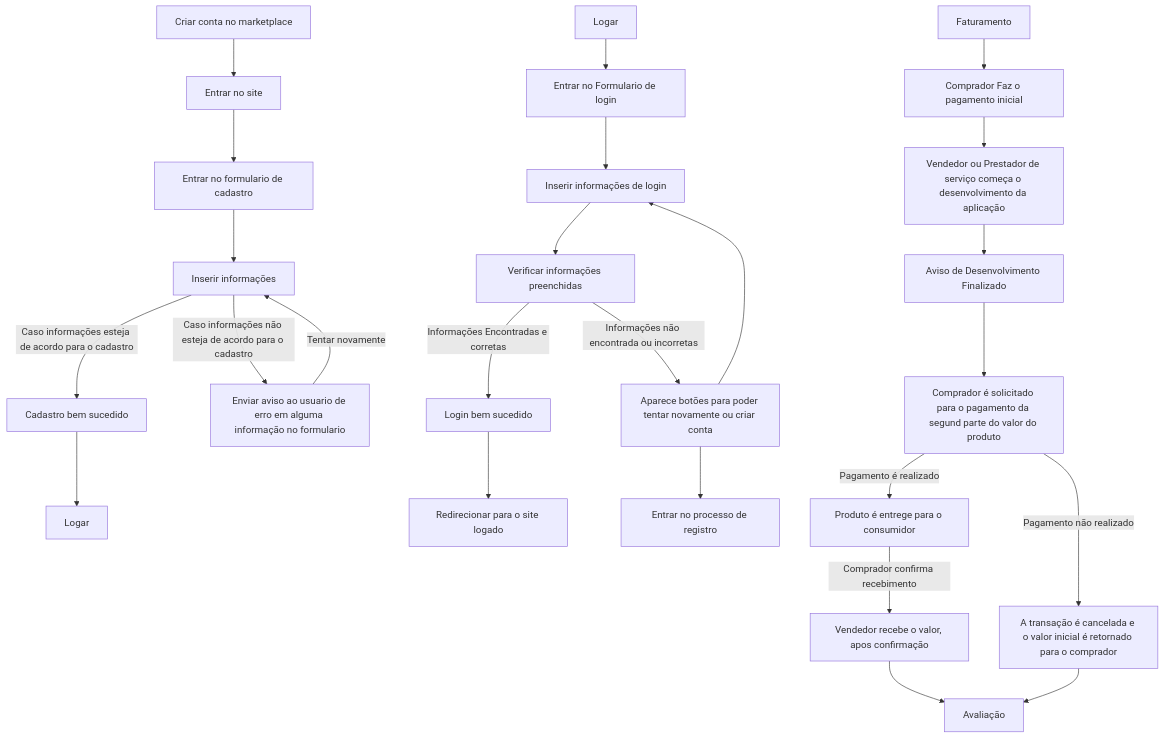
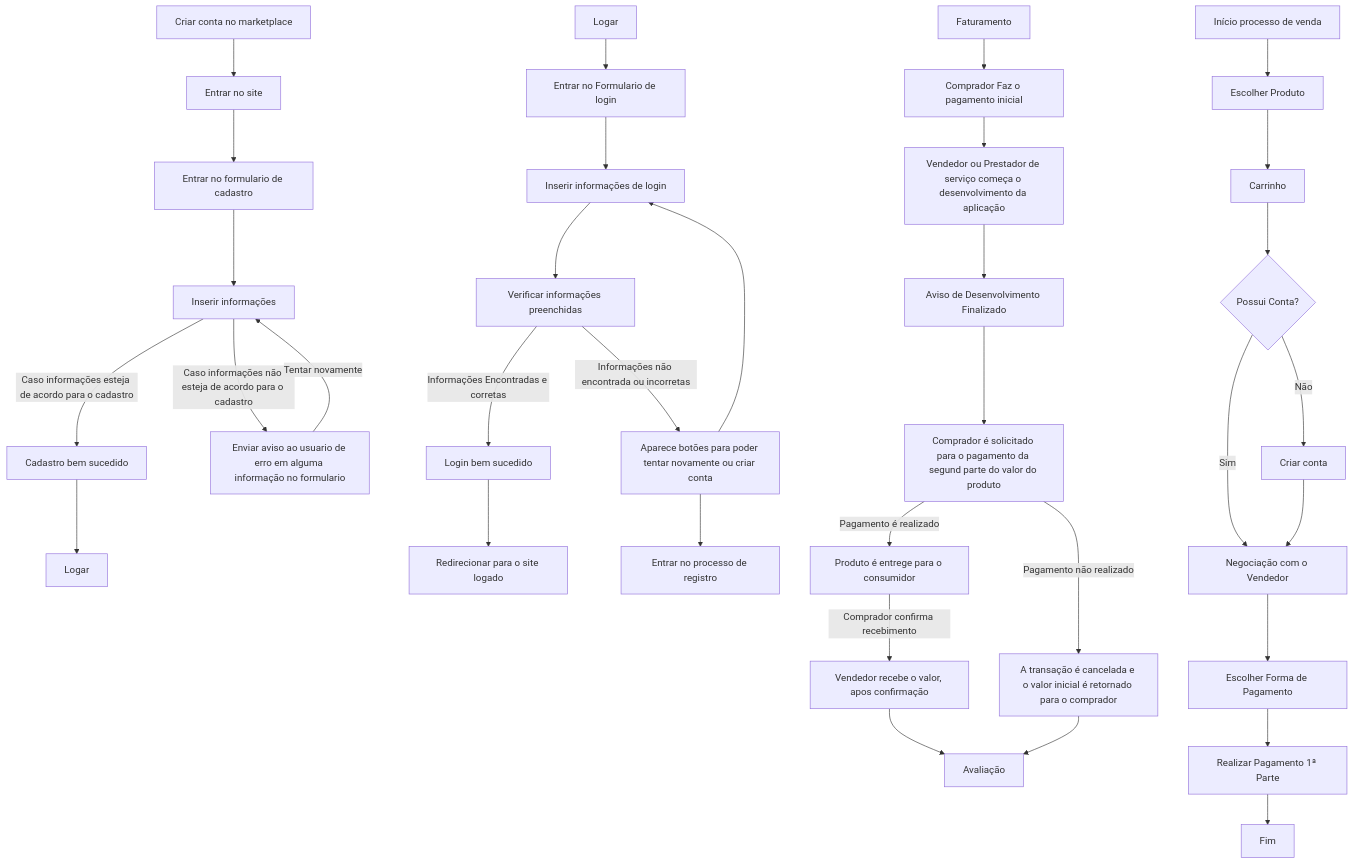
Before and after one commit to giovanni1351/EngenhariaDeSoftwareProjeto: the diagram in Lab/Lab1.md, drawn with Mermaid.

Commit message:
Adicionando processo de venda

````diff
--- a/Lab/Lab1.md
+++ b/Lab/Lab1.md
@@ -49,40 +49,48 @@
 ```mermaid
 graph TD;
     A[Criar conta no marketplace]-->B[Entrar no site];
     B-->C[Entrar no formulario de cadastro];
     C-->D[Inserir informações];
     D-->|Caso informações esteja de acordo para o cadastro|E[Cadastro bem sucedido];
     D-->|Caso informações não esteja de acordo para o cadastro|G[Enviar aviso ao usuario de erro em alguma informação no formulario];
     G-->|Tentar novamente|D;
     E-->F[Logar];
 
 
     Logar[Logar]--> EntrarForm[Entrar no Formulario de login];
     EntrarForm --> InserirInfos[Inserir informações de login];
     InserirInfos --> Verifica[ Verificar informações preenchidas];
     Verifica --> |Informações Encontradas e corretas| LogarCorreto[Login bem sucedido]
     LogarCorreto--> Redirect[Redirecionar para o site logado]
     Verifica --> |Informações não encontrada ou incorretas| MensagemDeErroLogin[Aparece botões para poder tentar novamente ou criar conta]
     MensagemDeErroLogin-->InserirInfos;
     MensagemDeErroLogin-->RedirectRegistro[Entrar no processo de registro];
 
     Fat[Faturamento]-->PagamentoInicial[Comprador Faz o pagamento inicial]
     PagamentoInicial --> InicioDoDesenvolvimento[Vendedor ou Prestador de serviço começa o desenvolvimento da aplicação]
     InicioDoDesenvolvimento--> FimDoDev[Aviso de Desenvolvimento Finalizado]
     FimDoDev --> SolcitacaoPagamentoParte2[Comprador é solicitado para o pagamento da segund parte do valor do produto]
     SolcitacaoPagamentoParte2 --> |Pagamento é realizado|EntregaProd[Produto é entrege para o consumidor]
     SolcitacaoPagamentoParte2 -->|Pagamento não realizado| CancelamentoPorNaoPagamento[ A transação é cancelada e o valor inicial é retornado para o comprador]
     EntregaProd -->|Comprador confirma recebimento| PagamentoAoVendedor[Vendedor recebe o valor, apos confirmação]
     PagamentoAoVendedor--> Avaliacao[Avaliação]
     CancelamentoPorNaoPagamento --> Avaliacao
 
     
-
+    InicioVenda[Início processo de venda] --> EscolherProduto[Escolher Produto]
+    EscolherProduto --> Carrinho[Carrinho]
+    Carrinho --> VerificaExistenciaConta{Possui Conta?}
+    VerificaExistenciaConta -- Não --> Cadastrar[Criar conta]
+    VerificaExistenciaConta -- Sim --> Negociar[Negociação com o Vendedor]
+    Cadastrar --> Negociar
+    Negociar --> FormaPagamento[Escolher Forma de Pagamento]
+    FormaPagamento --> Pagar1[Realizar Pagamento 1ª Parte]
+    Pagar1 --> FimVenda[Fim]
 
 
 
 
 
 
 
 ```
````
